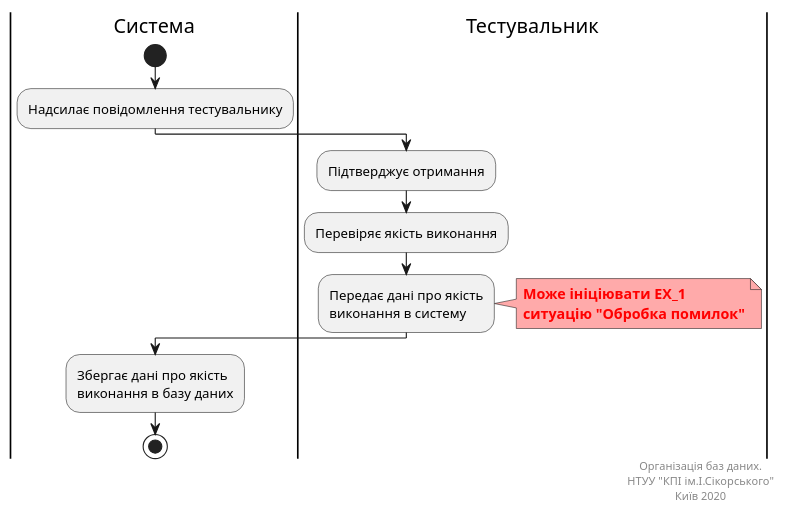
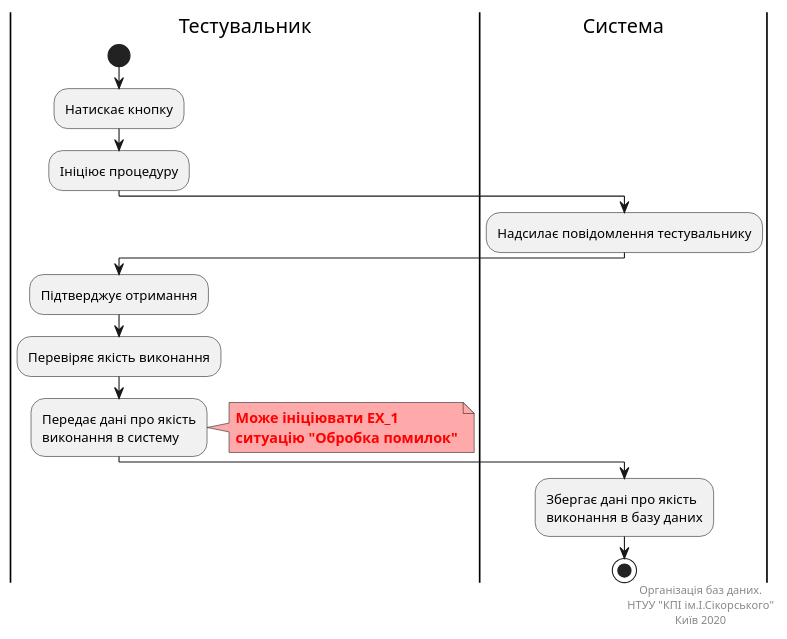
One commit to sholotiuk/pinTask changed the diagram in src/uml/UC_5.puml. Above: the diagram before and after it, drawn with PlantUML.

```diff
--- a/src/uml/UC_5.puml
+++ b/src/uml/UC_5.puml
@@ -1,28 +1,32 @@
 @startuml handleResult
 
 
+|Тестувальник|
+start
+:Натискає кнопку;
+:Ініціює процедуру;
+
 |Система|
-start
 :Надсилає повідомлення тестувальнику;
 
 |Тестувальник|
 :Підтверджує отримання;
 :Перевіряє якість виконання;
 :Передає дані про якість
 виконання в систему;
 note right #ffaaaa
 <font color=red><b>Може ініціювати EX_1
 <font color=red><b>ситуацію "Обробка помилок"
 end note
 
 |Система|
 :Збергає дані про якість
 виконання в базу даних;
 stop
 
 right footer
 Організація баз даних.
 НТУУ "КПІ ім.І.Сікорського"
 Київ 2020 
 end footer
 @enduml
```
